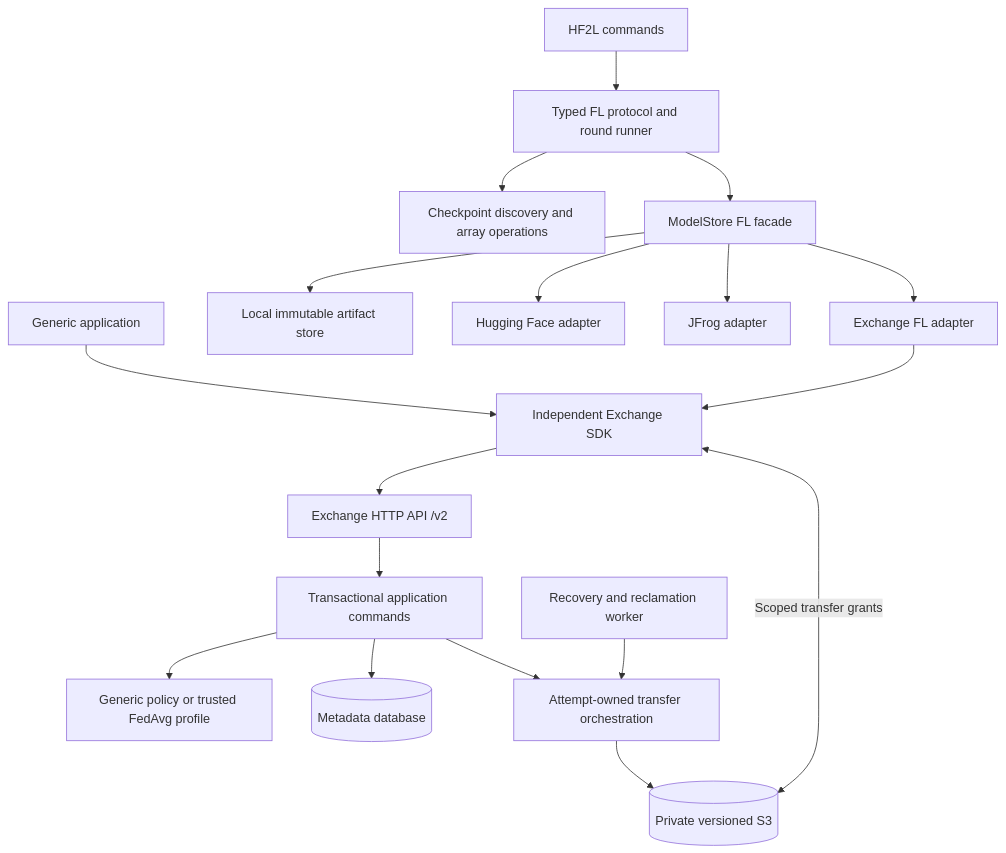
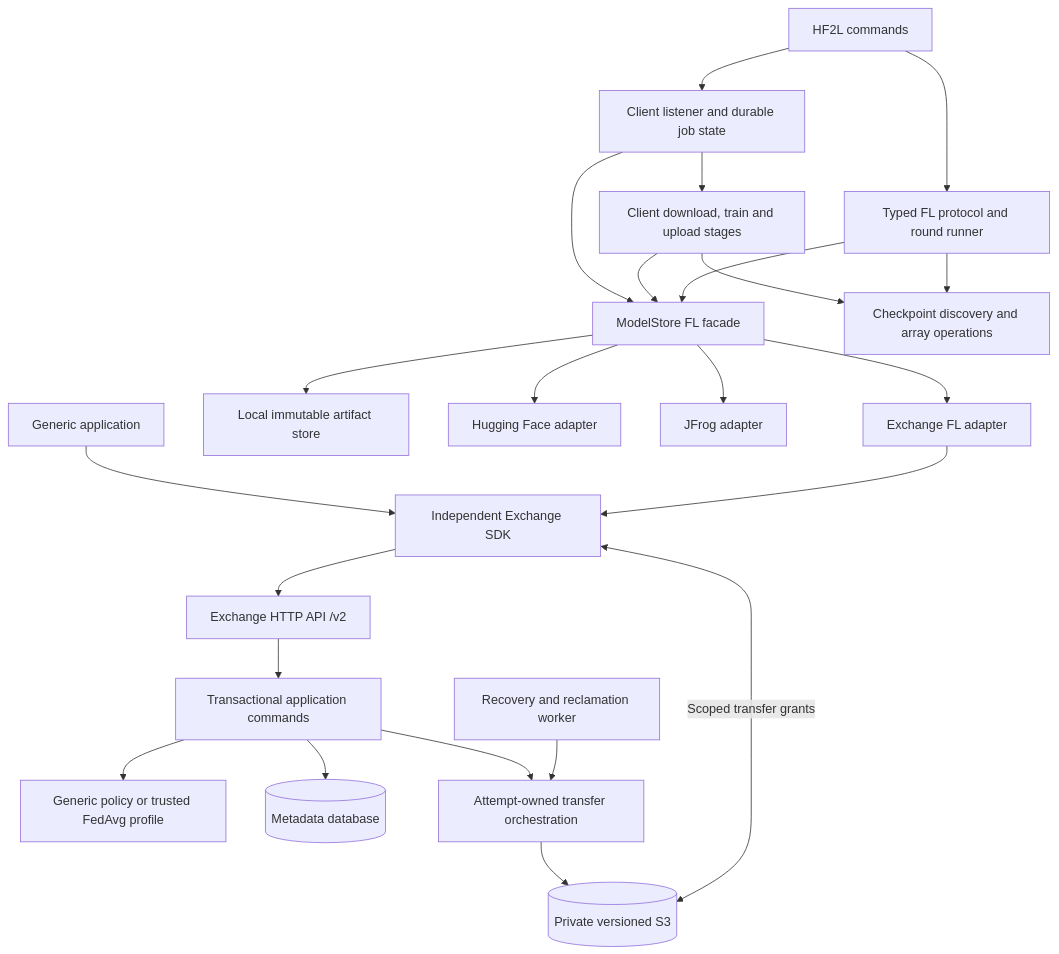
One commit to IsaacYangSLA/hf_fl changed the diagram in docs/ARCHITECTURE_V3.md. Above: the diagram before and after it, drawn with Mermaid. The commit also changed other lines of this file and 15 other files, not shown here.

Commit message:
Add persistent client listeners for all model-store backends

````diff
--- a/docs/ARCHITECTURE_V3.md
+++ b/docs/ARCHITECTURE_V3.md
@@ -102,20 +102,25 @@
 ```mermaid
 flowchart TB
     Generic[Generic application] --> SDK[Independent Exchange SDK]
     CLI[HF2L commands] --> Runner[Typed FL protocol and round runner]
+    CLI --> Listener[Client listener and durable job state]
+    Listener --> Client[Client download, train and upload stages]
+    Listener --> Port[ModelStore FL facade]
+    Client --> Port
+    Client --> Checkpoints[Checkpoint discovery and array operations]
     Runner --> Checkpoints[Checkpoint discovery and array operations]
     Runner --> Port[ModelStore FL facade]
     Port --> Local[Local immutable artifact store]
     Port --> HF[Hugging Face adapter]
     Port --> JFrog[JFrog adapter]
     Port --> Adapter[Exchange FL adapter]
     Adapter --> SDK
     SDK --> API[Exchange HTTP API /v2]
     API --> Commands[Transactional application commands]
     Commands --> Profiles[Generic policy or trusted FedAvg profile]
     Commands --> DB[(Metadata database)]
     Commands --> Transfers[Attempt-owned transfer orchestration]
     Worker[Recovery and reclamation worker] --> Transfers
     Transfers --> Blob[(Private versioned S3)]
     SDK <-->|Scoped transfer grants| Blob
 ```
````
